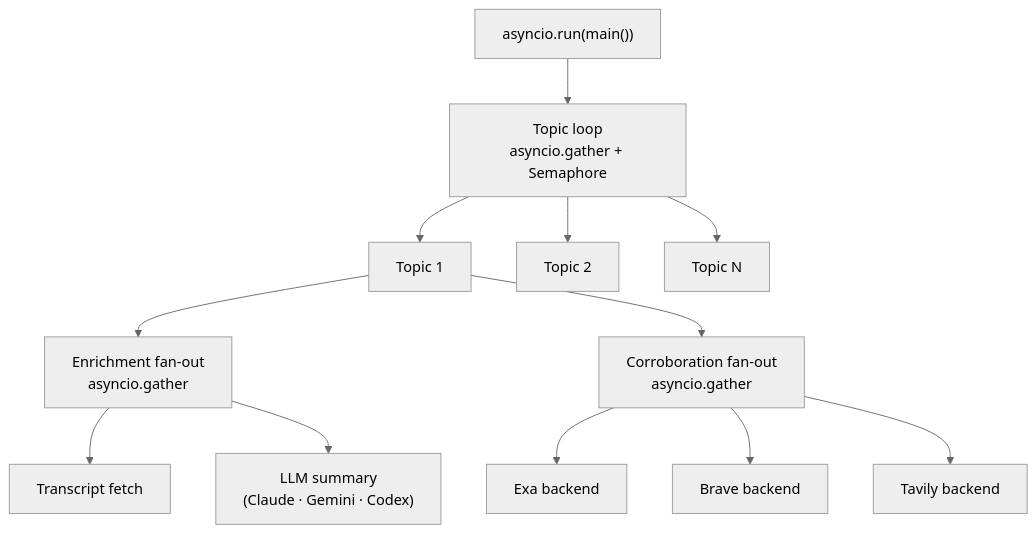
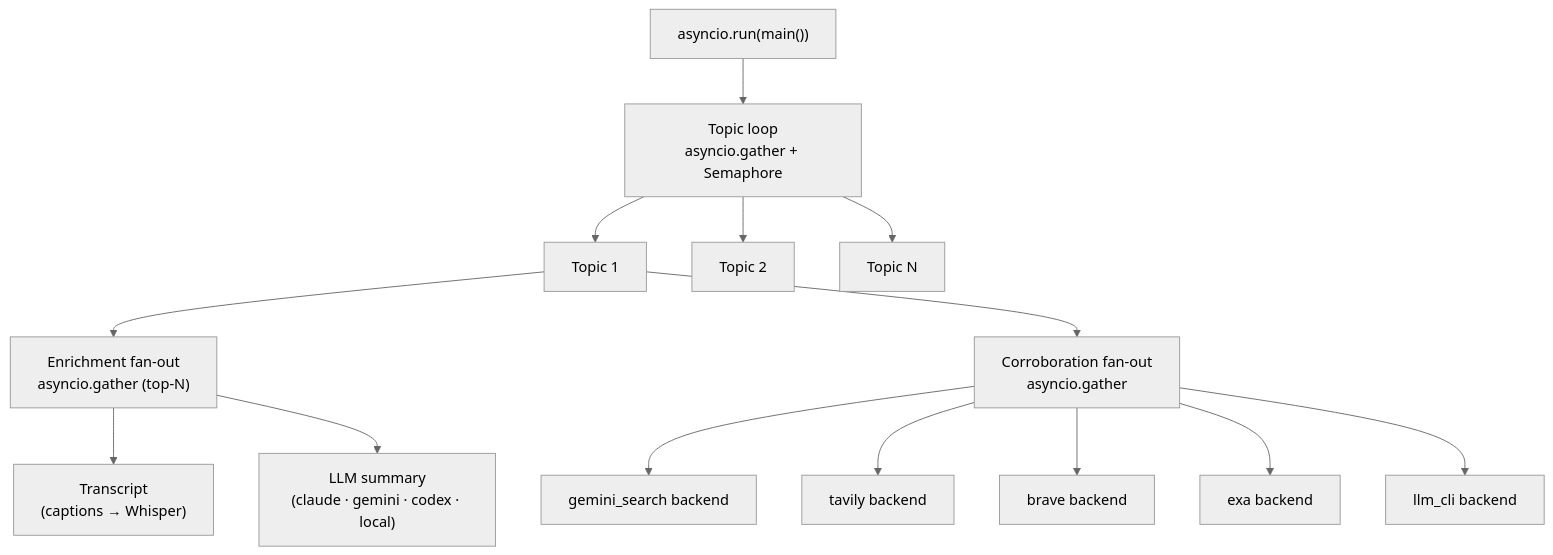
The diagram in docs/diagrams/src/async-fanout.mmd (reshinto/social-research-probe), drawn with Mermaid (neutral theme) before and after one commit. The commit also changed 12 other files, not shown here.

First line of the commit message:
docs: refresh stale architecture diagrams to match current registries

```diff
--- a/docs/diagrams/src/async-fanout.mmd
+++ b/docs/diagrams/src/async-fanout.mmd
@@ -1,13 +1,15 @@
 graph TD
     START["asyncio.run(main())"]
     START --> TOPICS["Topic loop\nasyncio.gather + Semaphore"]
     TOPICS --> T1["Topic 1"]
     TOPICS --> T2["Topic 2"]
     TOPICS --> TN["Topic N"]
-    T1 --> ENRICH1["Enrichment fan-out\nasyncio.gather"]
-    ENRICH1 --> E1A["Transcript fetch"]
-    ENRICH1 --> E1B["LLM summary\n(Claude · Gemini · Codex)"]
+    T1 --> ENRICH1["Enrichment fan-out\nasyncio.gather (top-N)"]
+    ENRICH1 --> E1A["Transcript\n(captions → Whisper)"]
+    ENRICH1 --> E1B["LLM summary\n(claude · gemini · codex · local)"]
     T1 --> CORR1["Corroboration fan-out\nasyncio.gather"]
-    CORR1 --> C1A["Exa backend"]
-    CORR1 --> C1B["Brave backend"]
-    CORR1 --> C1C["Tavily backend"]
+    CORR1 --> C1A["gemini_search backend"]
+    CORR1 --> C1B["tavily backend"]
+    CORR1 --> C1C["brave backend"]
+    CORR1 --> C1D["exa backend"]
+    CORR1 --> C1E["llm_cli backend"]
```
